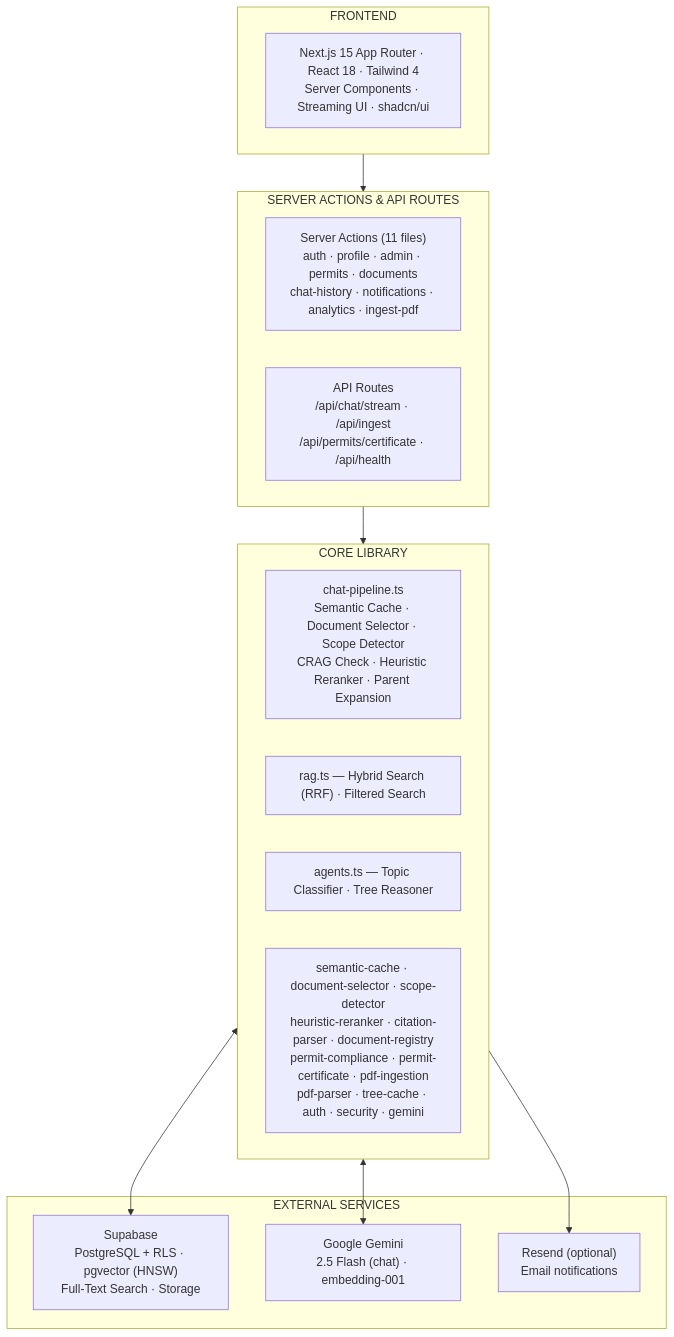
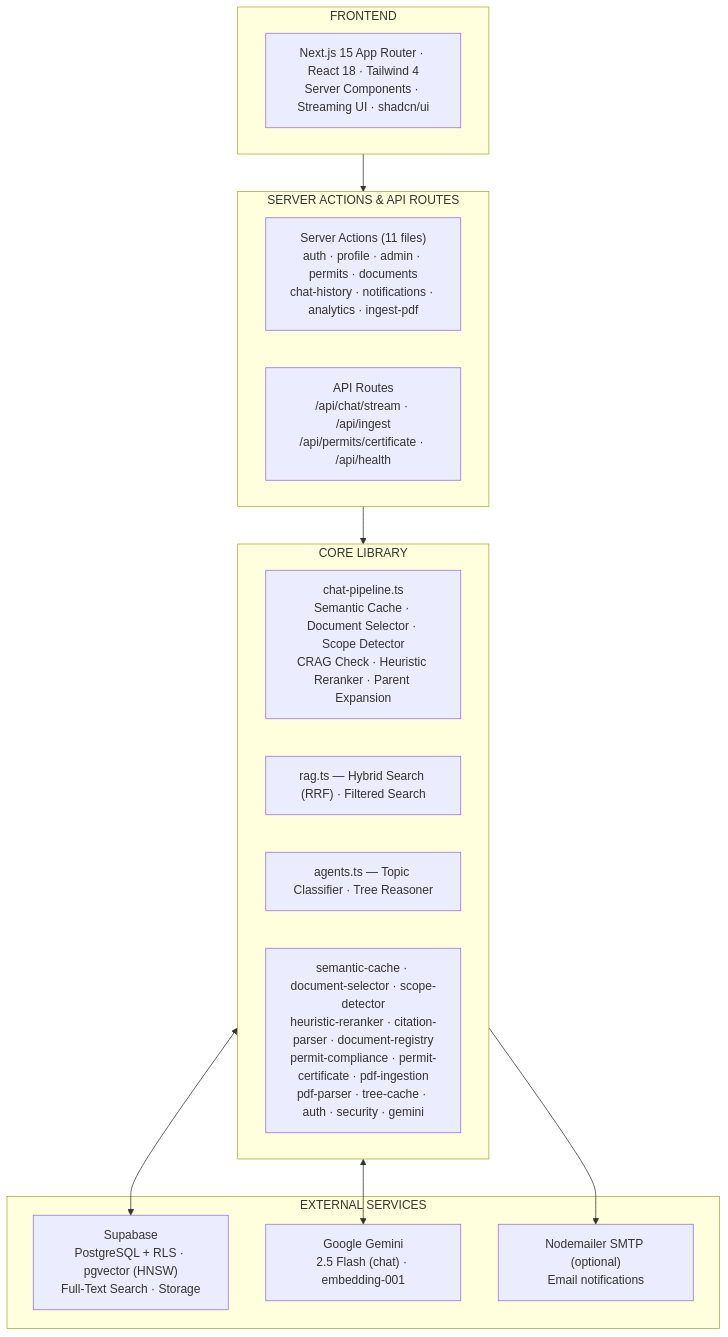
One commit to MakazhanAlpamys/Permit-Forge changed the first of 4 diagrams in README.md. Above: the diagram before and after it, drawn with Mermaid. The commit also changed other lines of this file and 7 other files, not shown here.

First line of the commit message:
feat: migrate email provider from Resend to Nodemailer + Gmail SMTP

````diff
--- a/README.md
+++ b/README.md
@@ -261,30 +264,30 @@
 ```mermaid
 graph TB
     subgraph Frontend["FRONTEND"]
         FE["Next.js 15 App Router · React 18 · Tailwind 4<br/>Server Components · Streaming UI · shadcn/ui"]
     end
 
     subgraph Server["SERVER ACTIONS & API ROUTES"]
         SA["Server Actions (11 files)<br/>auth · profile · admin · permits · documents<br/>chat-history · notifications · analytics · ingest-pdf"]
         API["API Routes<br/>/api/chat/stream · /api/ingest<br/>/api/permits/certificate · /api/health"]
     end
 
     subgraph Core["CORE LIBRARY"]
         CP["chat-pipeline.ts<br/>Semantic Cache · Document Selector · Scope Detector<br/>CRAG Check · Heuristic Reranker · Parent Expansion"]
         RAG["rag.ts — Hybrid Search (RRF) · Filtered Search"]
         AG["agents.ts — Topic Classifier · Tree Reasoner"]
         OTHER["semantic-cache · document-selector · scope-detector<br/>heuristic-reranker · citation-parser · document-registry<br/>permit-compliance · permit-certificate · pdf-ingestion<br/>pdf-parser · tree-cache · auth · security · gemini"]
     end
 
     subgraph External["EXTERNAL SERVICES"]
         SB["Supabase<br/>PostgreSQL + RLS · pgvector (HNSW)<br/>Full-Text Search · Storage"]
         GM["Google Gemini<br/>2.5 Flash (chat) · embedding-001"]
-        RS["Resend (optional)<br/>Email notifications"]
+        RS["Nodemailer SMTP (optional)<br/>Email notifications"]
     end
 
     Frontend --> Server
     Server --> Core
     Core <--> SB
     Core <--> GM
     Core --> RS
 ```
````
